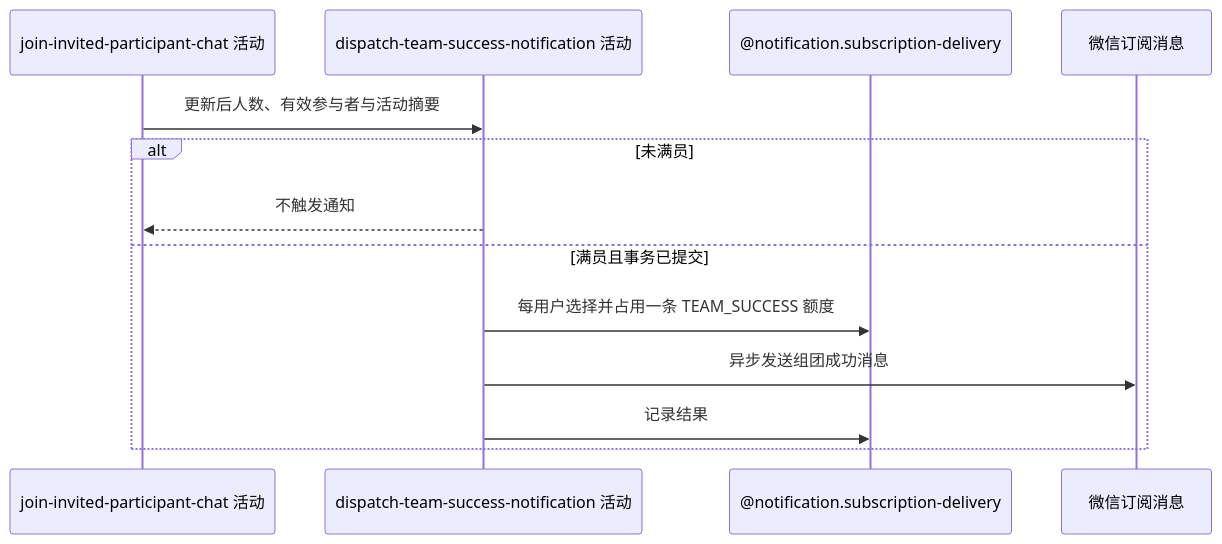
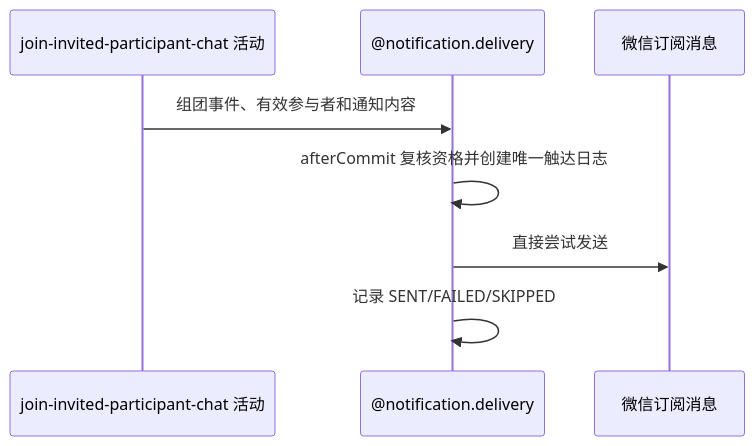
Before and after one commit to chxt100016/Rally: the diagram in blueprint/spec/meetup/meetup-invite/dispatch-team-success-notification/activity.md, drawn with Mermaid. The commit also changed other lines of this file and 170 other files, not shown here.

````diff
--- a/blueprint/spec/meetup/meetup-invite/dispatch-team-success-notification/activity.md
+++ b/blueprint/spec/meetup/meetup-invite/dispatch-team-success-notification/activity.md
@@ -14,15 +14,10 @@
 ```mermaid
 sequenceDiagram
     participant J as join-invited-participant-chat 活动
-    participant A as dispatch-team-success-notification 活动
-    participant N as @notification.subscription-delivery
+    participant N as @notification.delivery
     participant W as 微信订阅消息
-    J->>A: 更新后人数、有效参与者与活动摘要
-    alt 未满员
-        A-->>J: 不触发通知
-    else 满员且事务已提交
-        A->>N: 每用户选择并占用一条 TEAM_SUCCESS 额度
-        A->>W: 异步发送组团成功消息
-        A->>N: 记录结果
-    end
+    J->>N: 组团事件、有效参与者和通知内容
+    N->>N: afterCommit 复核资格并创建唯一触达日志
+    N->>W: 直接尝试发送
+    N->>N: 记录 SENT/FAILED/SKIPPED
 ```
````
